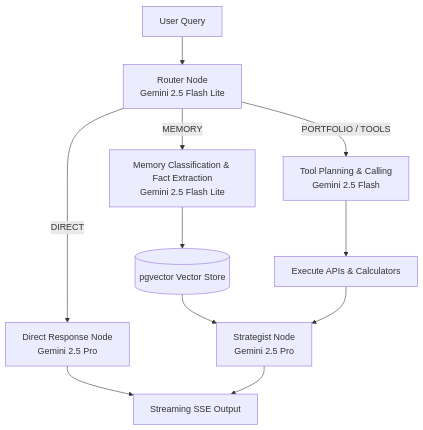
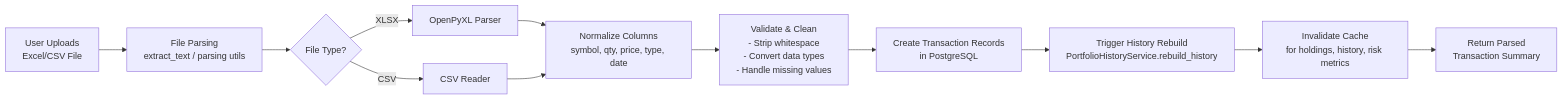
The second of 10 diagrams in README.md (piyushkeshri8912/nivesh-iq), drawn with Mermaid before and after one commit. The commit also changed other lines of this file and 67 other files, not shown here.

````diff
--- a/README.md
+++ b/README.md
@@ -55,18 +106,14 @@
 ```mermaid
-flowchart TD
-    UserQuery[User Query] --> Router[Router Node<br/>Gemini 2.5 Flash Lite]
-    
-    Router -->|DIRECT| Direct[Direct Response Node<br/>Gemini 2.5 Pro]
-    
-    Router -->|MEMORY| MemoryExtract[Memory Classification & Fact Extraction<br/>Gemini 2.5 Flash Lite]
-    MemoryExtract --> pgvector[(pgvector Vector Store)]
-    
-    Router -->|PORTFOLIO / TOOLS| ToolPlanner[Tool Planning & Calling<br/>Gemini 2.5 Flash]
-    ToolPlanner --> RunTools[Execute APIs & Calculators]
-    
-    pgvector --> Strategist[Strategist Node<br/>Gemini 2.5 Pro]
-    RunTools --> Strategist
-    
-    Direct --> Output[Streaming SSE Output]
-    Strategist --> Output
+flowchart LR
+    A[User Uploads<br/>Excel/CSV File] --> B[File Parsing<br/>extract_text / parsing utils]
+    B --> C{File Type?}
+    C -->|XLSX| D[OpenPyXL Parser]
+    C -->|CSV| E[CSV Reader]
+    D --> F[Normalize Columns<br/>symbol, qty, price, type, date]
+    E --> F
+    F --> G[Validate & Clean<br/>- Strip whitespace<br/>- Convert data types<br/>- Handle missing values]
+    G --> H[Create Transaction Records<br/>in PostgreSQL]
+    H --> I[Trigger History Rebuild<br/>PortfolioHistoryService.rebuild_history]
+    I --> J[Invalidate Cache<br/>for holdings, history, risk metrics]
+    J --> K[Return Parsed<br/>Transaction Summary]
 ```
````
